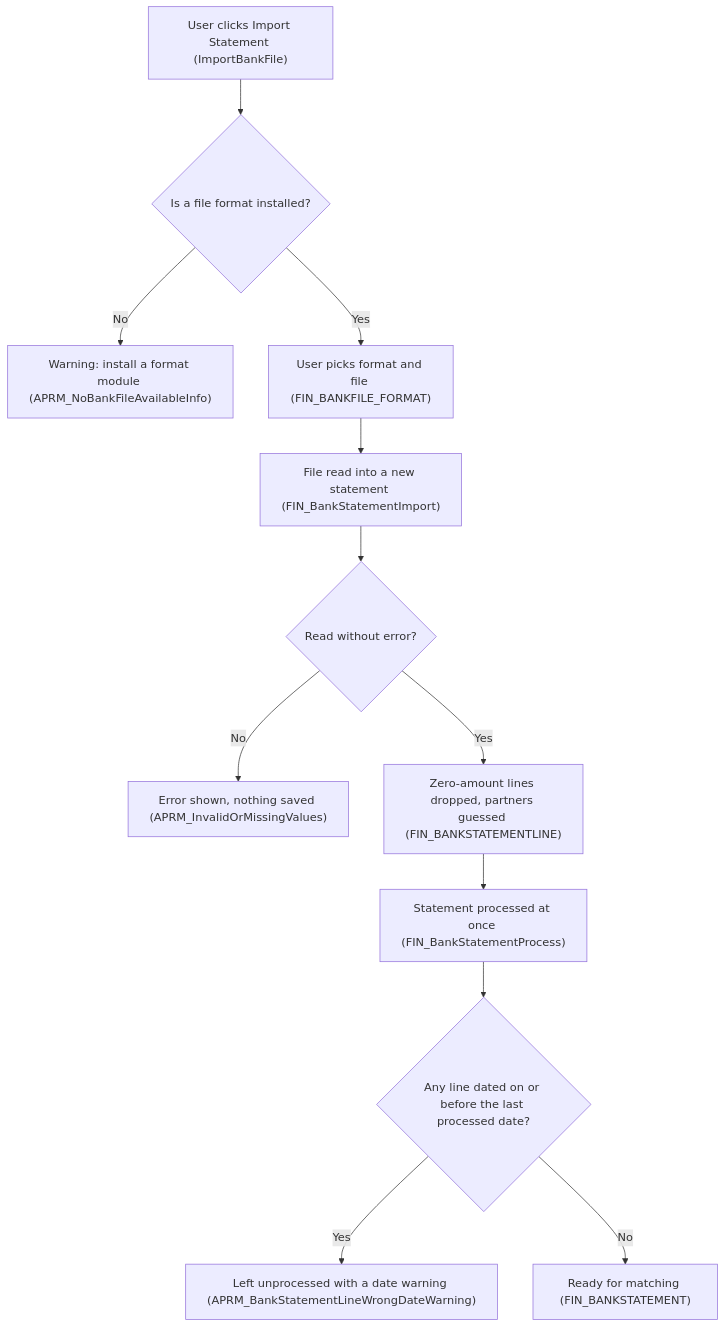
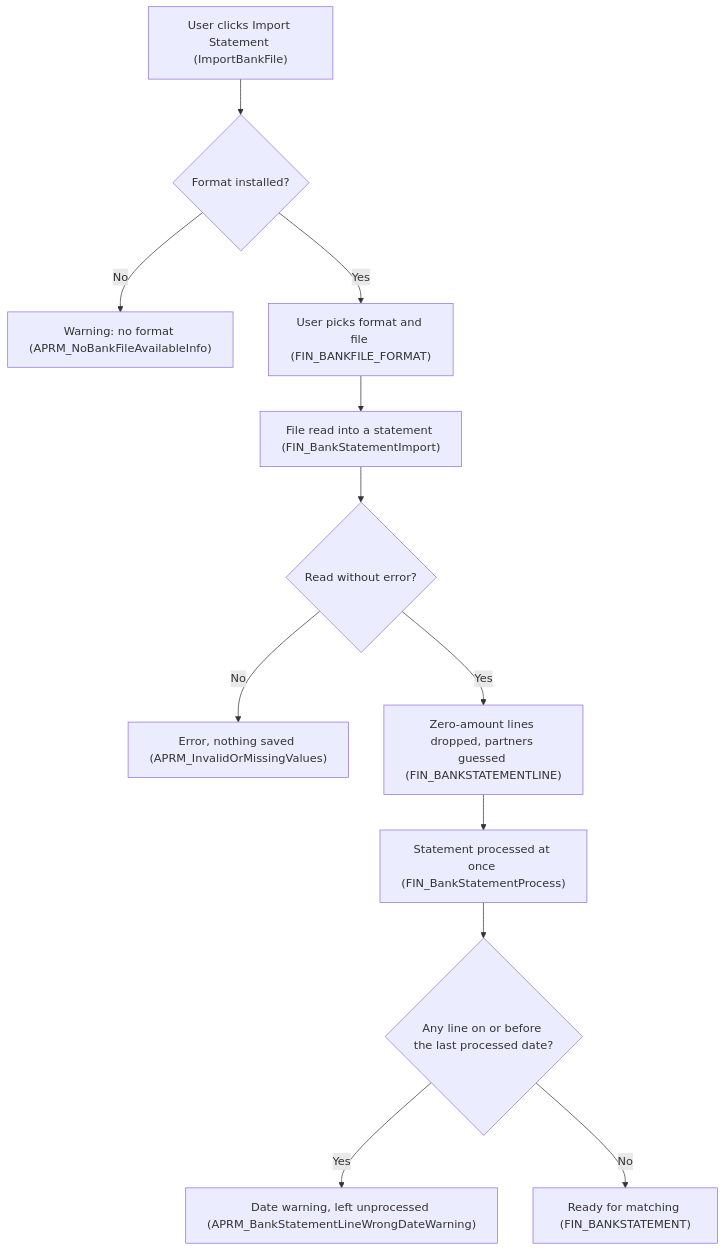
One commit to blitzy-public-samples/openbravo-erp changed the first of 9 diagrams in docs/analysis/analysis-1-current-state-reconciliation.md. Above: the diagram before and after it, drawn with Mermaid. The commit also changed other lines of this file and 1 other file, not shown here.

````diff
--- a/docs/analysis/analysis-1-current-state-reconciliation.md
+++ b/docs/analysis/analysis-1-current-state-reconciliation.md
@@ -29,14 +27,16 @@
 ```mermaid
 flowchart TD
-    A["User clicks Import Statement (ImportBankFile)"] --> B{"Is a file format installed?"}
-    B -->|No| C["Warning: install a format module (APRM_NoBankFileAvailableInfo)"]
+    accTitle: Figure 1. Import and Statement Processing
+    accDescr: Diamonds are system checks; only one path reaches matching.
+    A["User clicks Import Statement (ImportBankFile)"] --> B{"Format installed?"}
+    B -->|No| C["Warning: no format (APRM_NoBankFileAvailableInfo)"]
     B -->|Yes| D["User picks format and file (FIN_BANKFILE_FORMAT)"]
-    D --> E["File read into a new statement (FIN_BankStatementImport)"]
+    D --> E["File read into a statement (FIN_BankStatementImport)"]
     E --> F{"Read without error?"}
-    F -->|No| G["Error shown, nothing saved (APRM_InvalidOrMissingValues)"]
+    F -->|No| G["Error, nothing saved (APRM_InvalidOrMissingValues)"]
     F -->|Yes| H["Zero-amount lines dropped, partners guessed (FIN_BANKSTATEMENTLINE)"]
     H --> I["Statement processed at once (FIN_BankStatementProcess)"]
-    I --> J{"Any line dated on or before the last processed date?"}
-    J -->|Yes| K["Left unprocessed with a date warning (APRM_BankStatementLineWrongDateWarning)"]
+    I --> J{"Any line on or before the last processed date?"}
+    J -->|Yes| K["Date warning, left unprocessed (APRM_BankStatementLineWrongDateWarning)"]
     J -->|No| L["Ready for matching (FIN_BANKSTATEMENT)"]
 ```
````
